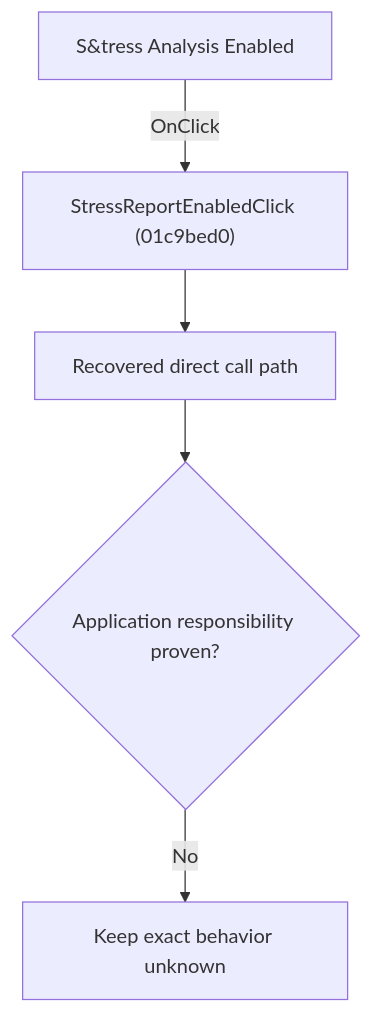
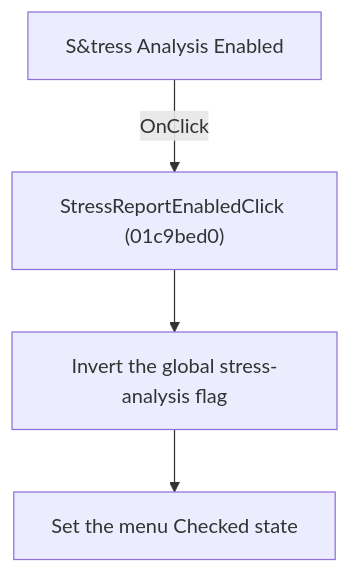
The diagram in docs/ui-controls/schematiceditor/stressreportenabled-909f9d318a.md (MovGP0/TIARA), drawn with Mermaid before and after one commit. The commit also changed other lines of this file and 241 other files, not shown here.

````diff
--- a/docs/ui-controls/schematiceditor/stressreportenabled-909f9d318a.md
+++ b/docs/ui-controls/schematiceditor/stressreportenabled-909f9d318a.md
@@ -27,7 +25,6 @@
 ```mermaid
 flowchart TD
     control["S&tress Analysis Enabled"] -->|"OnClick"| handler["StressReportEnabledClick (01c9bed0)"]
-    handler --> recovered["Recovered direct call path"]
-    recovered --> gap{"Application responsibility proven?"}
-    gap -->|"No"| blocked["Keep exact behavior unknown"]
+    handler --> toggle["Invert the global stress-analysis flag"]
+    toggle --> check["Set the menu Checked state"]
 ```
````
